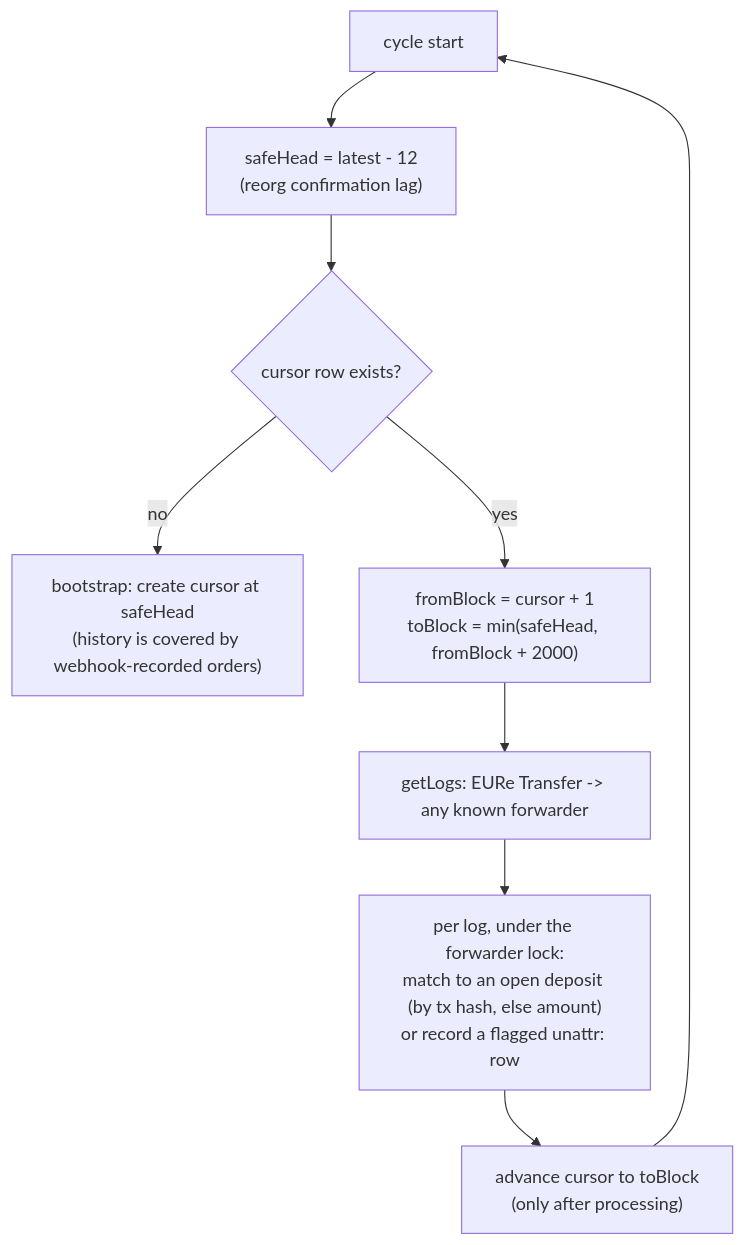
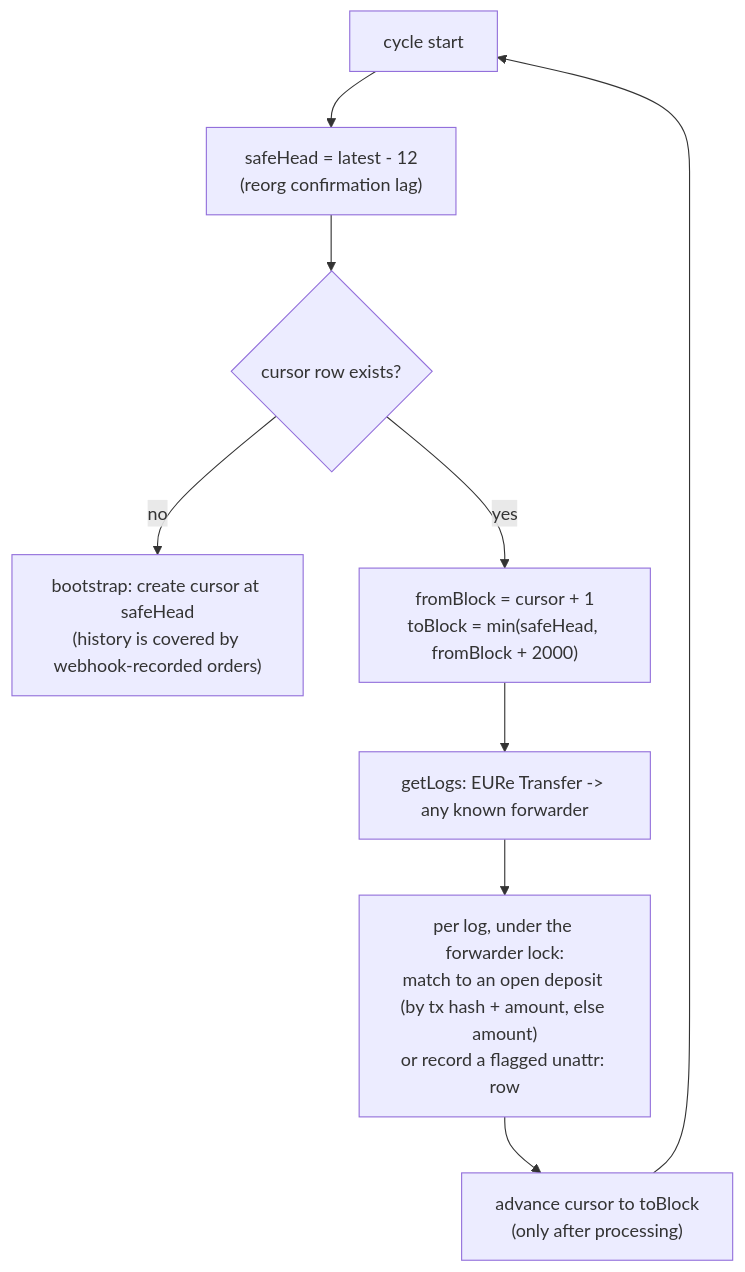
The fourth of 8 diagrams in docs/architecture-monerium-b2b-onramp.md (pendulum-chain/vortex), drawn with Mermaid before and after one commit. The commit also changed other lines of this file and 52 other files, not shown here.

````diff
--- a/docs/architecture-monerium-b2b-onramp.md
+++ b/docs/architecture-monerium-b2b-onramp.md
@@ -156,11 +165,11 @@
 ```mermaid
 flowchart TD
     A[cycle start] --> B["safeHead = latest - 12\n(reorg confirmation lag)"]
     B --> C{cursor row exists?}
     C -- no --> D["bootstrap: create cursor at safeHead\n(history is covered by webhook-recorded orders)"]
     C -- yes --> E["fromBlock = cursor + 1\ntoBlock = min(safeHead, fromBlock + 2000)"]
     E --> F["getLogs: EURe Transfer -> any known forwarder"]
-    F --> G["per log, under the forwarder lock:\nmatch to an open deposit (by tx hash, else amount)\nor record a flagged unattr: row"]
+    F --> G["per log, under the forwarder lock:\nmatch to an open deposit (by tx hash + amount, else amount)\nor record a flagged unattr: row"]
     G --> H["advance cursor to toBlock\n(only after processing)"]
     H --> A
 ```
````
